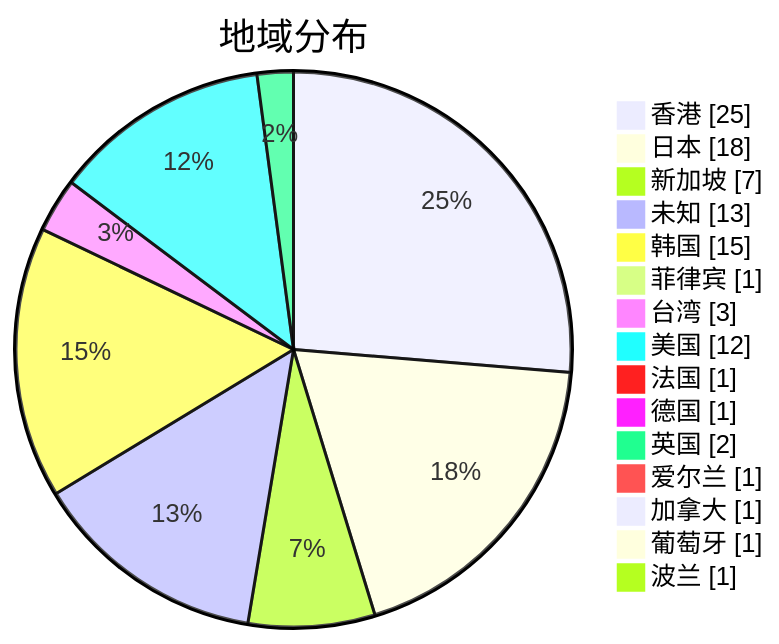
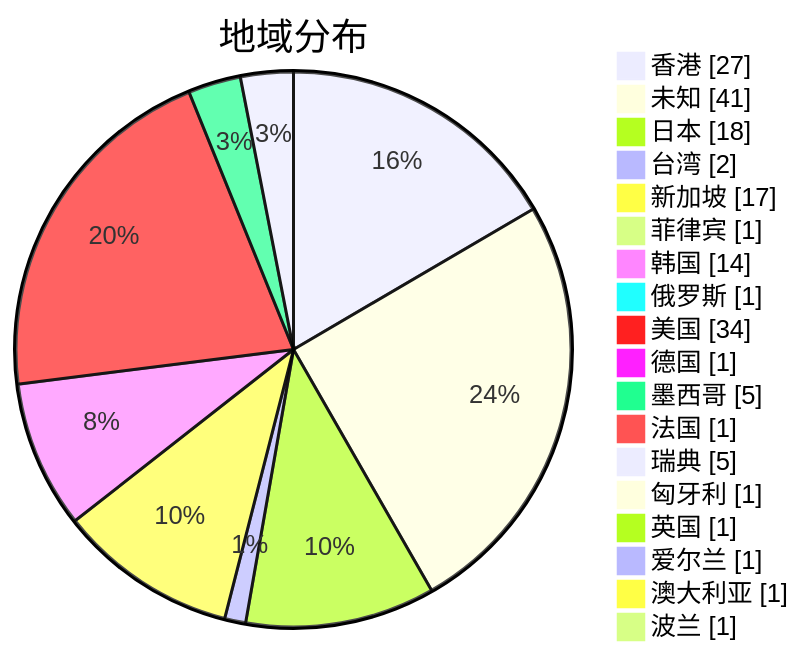
The second of 3 diagrams in subs/statistics/tested_within.md (qjlxg/airport), drawn with Mermaid before and after one commit. The commit also changed other lines of this file and 2 other files, not shown here.

Commit message:
Tested by metaST

````diff
--- a/subs/statistics/tested_within.md
+++ b/subs/statistics/tested_within.md
@@ -10,19 +11,22 @@
 ```mermaid
 pie showData
 title 地域分布
-"香港" : 25
+"香港" : 27
+"未知" : 41
 "日本" : 18
-"新加坡" : 7
-"未知" : 13
-"韩国" : 15
+"台湾" : 2
+"新加坡" : 17
 "菲律宾" : 1
-"台湾" : 3
-"美国" : 12
+"韩国" : 14
+"俄罗斯" : 1
+"美国" : 34
+"德国" : 1
+"墨西哥" : 5
 "法国" : 1
-"德国" : 1
-"英国" : 2
+"瑞典" : 5
+"匈牙利" : 1
+"英国" : 1
 "爱尔兰" : 1
-"加拿大" : 1
-"葡萄牙" : 1
+"澳大利亚" : 1
 "波兰" : 1
 ```
````
